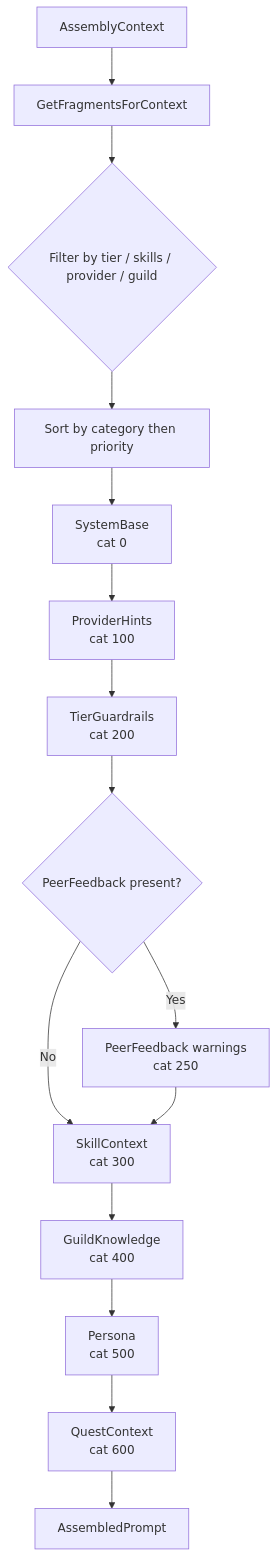
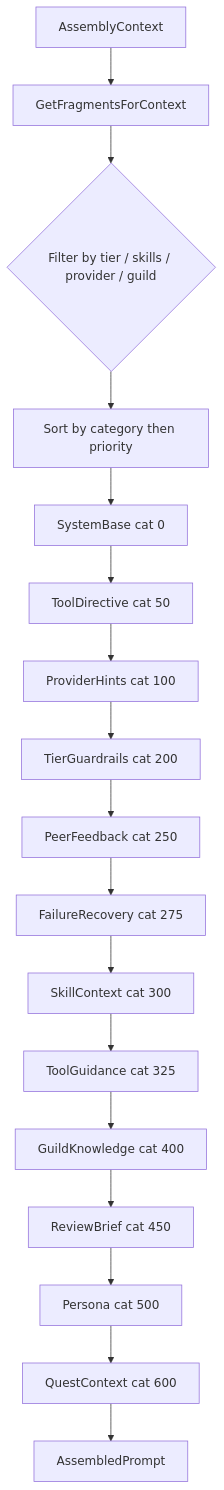
Before and after one commit to C360Studio/semdragon: the diagram in docs/06-DOMAINS.md, drawn with Mermaid. The commit also changed other lines of this file and 7 other files, not shown here.

````diff
--- a/docs/06-DOMAINS.md
+++ b/docs/06-DOMAINS.md
@@ -336,17 +265,19 @@
 ```mermaid
 flowchart TD
     A[AssemblyContext] --> B[GetFragmentsForContext]
     B --> C{Filter by tier / skills / provider / guild}
     C --> D[Sort by category then priority]
-    D --> E[SystemBase\ncat 0]
-    E --> F[ProviderHints\ncat 100]
-    F --> G[TierGuardrails\ncat 200]
-    G --> H{PeerFeedback present?}
-    H -->|Yes| I[PeerFeedback warnings\ncat 250]
-    H -->|No| J[SkillContext\ncat 300]
-    I --> J
-    J --> K[GuildKnowledge\ncat 400]
-    K --> L[Persona\ncat 500]
-    L --> M[QuestContext\ncat 600]
-    M --> N[AssembledPrompt]
+    D --> E[SystemBase cat 0]
+    E --> F[ToolDirective cat 50]
+    F --> G[ProviderHints cat 100]
+    G --> H[TierGuardrails cat 200]
+    H --> I[PeerFeedback cat 250]
+    I --> J[FailureRecovery cat 275]
+    J --> K[SkillContext cat 300]
+    K --> L[ToolGuidance cat 325]
+    L --> M[GuildKnowledge cat 400]
+    M --> N[ReviewBrief cat 450]
+    N --> O[Persona cat 500]
+    O --> P[QuestContext cat 600]
+    P --> Q[AssembledPrompt]
 ```
````
